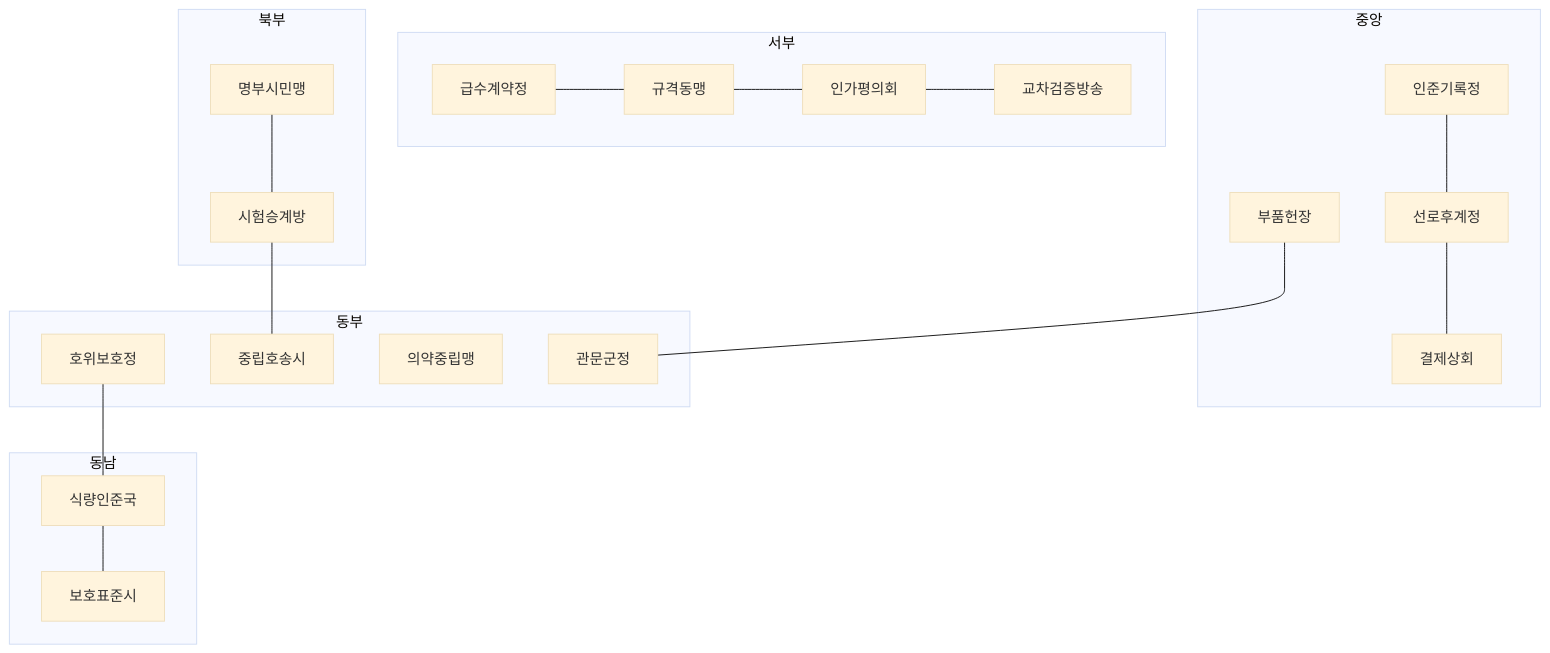
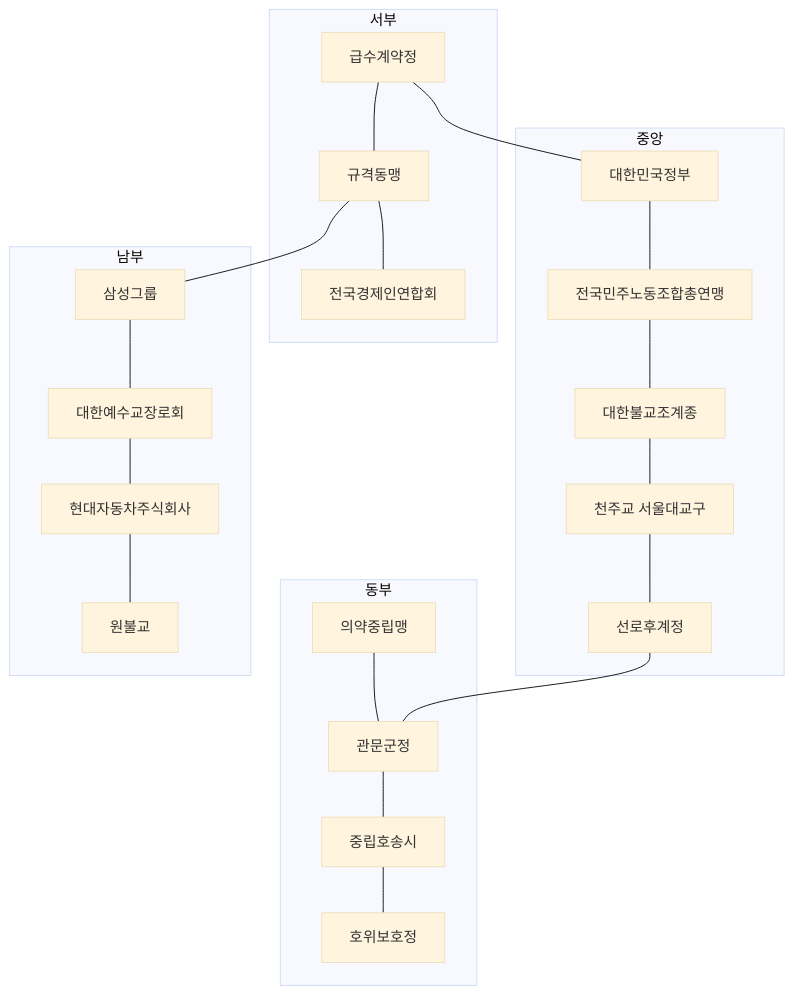
One commit to islee23520/seoul-dengoku-wiki changed the diagram in GAME-LOGIC/site/world/Sixteen-States.md. Above: the diagram before and after it, drawn with Mermaid (base theme). The commit also changed other lines of this file and 348 other files, not shown here.

````diff
--- a/GAME-LOGIC/site/world/Sixteen-States.md
+++ b/GAME-LOGIC/site/world/Sixteen-States.md
@@ -15,39 +58,42 @@
 ```mermaid
 flowchart TB
   subgraph west [서부]
-    YS[급수계약정]
-    SN[규격동맹]
-    MG[인가평의회]
-    SA[교차검증방송]
+    YDP[급수계약정]
+    GRO[규격동맹]
+    YID[전국경제인연합회]
   end
   subgraph center [중앙]
-    DS[인준기록정]
-    YS2[선로후계정]
-    NJ[결제상회]
-    TD[부품헌장]
-  end
-  subgraph north [북부]
-    BS[명부시민맹]
-    CD[시험승계방]
+    GHM[대한민국정부]
+    CTY[전국민주노동조합총연맹]
+    ANG[대한불교조계종]
+    MDG[천주교 서울대교구]
+    YSN[선로후계정]
   end
   subgraph east [동부]
-    AS[호위보호정]
-    SM[중립호송시]
-    YR[의약중립맹]
-    AC[관문군정]
+    JEG[의약중립맹]
+    GUI[관문군정]
+    SNE[중립호송시]
+    AMS[호위보호정]
   end
-  subgraph southeast [동남]
-    GR[식량인준국]
-    SS[보호표준시]
+  subgraph south [남부]
+    GNG[삼성그룹]
+    SMS[대한예수교장로회]
+    YNJ[현대자동차주식회사]
+    HKS[원불교]
   end
-  YS --- SN
-  SN --- MG
-  MG --- SA
-  DS --- YS2
-  YS2 --- NJ
-  TD --- AC
-  AS --- GR
-  GR --- SS
-  CD --- SM
-  BS --- CD
+  YDP --- GRO
+  GRO --- YID
+  GHM --- CTY
+  CTY --- ANG
+  ANG --- MDG
+  MDG --- YSN
+  JEG --- GUI
+  GUI --- SNE
+  SNE --- AMS
+  GNG --- SMS
+  SMS --- YNJ
+  YNJ --- HKS
+  YDP --- GHM
+  YSN --- GUI
+  GRO --- GNG
 ```
````
